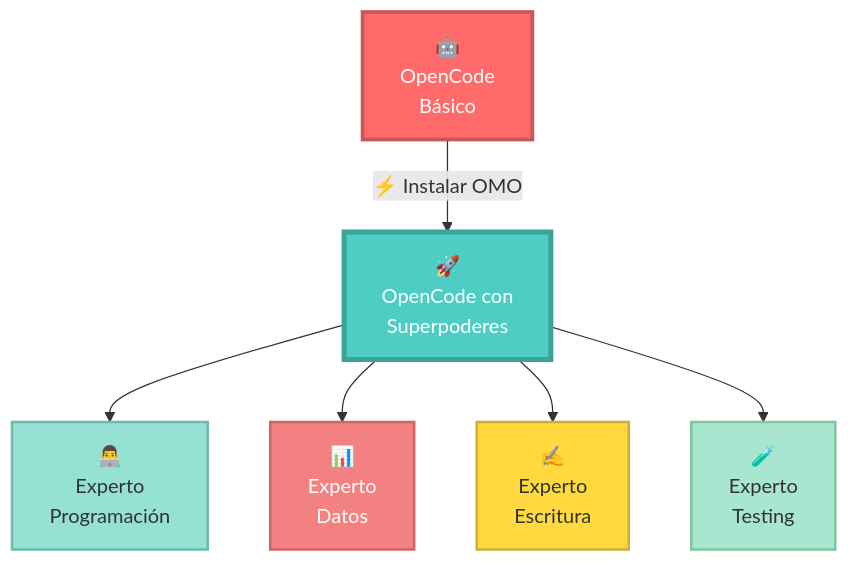
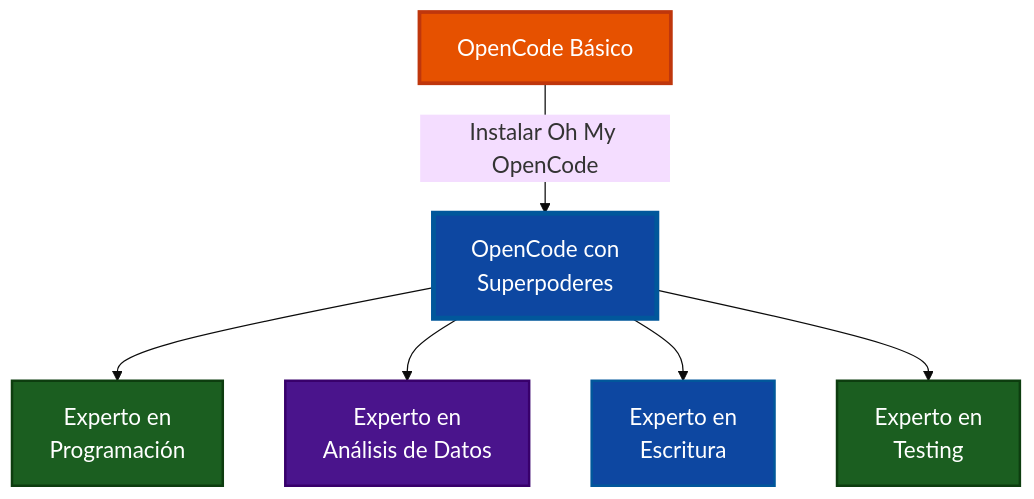
The second of 12 diagrams in courses/🟡-development/FPUNA-2026/00-FUNDAMENTOS-PRINCIPALES/01-configuracion-stack-ia.md (Ai-Whisperers/Courses-Content), drawn with Mermaid before and after one commit. The commit also changed other lines of this file and 47 other files, not shown here.

First line of the commit message:
fix: Make all 473 diagrams WCAG AAA accessible (FPUNA-2026)

````diff
--- a/courses/🟡-development/FPUNA-2026/00-FUNDAMENTOS-PRINCIPALES/01-configuracion-stack-ia.md
+++ b/courses/🟡-development/FPUNA-2026/00-FUNDAMENTOS-PRINCIPALES/01-configuracion-stack-ia.md
@@ -57,15 +58,16 @@
 ```mermaid
+%%{init: {'theme':'base', 'themeVariables': {'fontSize':'18px'}}}%%
 graph TD
-    A["🤖<br/>OpenCode<br/>Básico"] -->|"⚡ Instalar OMO"| B["🚀<br/>OpenCode con<br/>Superpoderes"]
-    B --> C["👨‍💻<br/>Experto<br/>Programación"]
-    B --> D["📊<br/>Experto<br/>Datos"]
-    B --> E["✍️<br/>Experto<br/>Escritura"]
-    B --> F["🧪<br/>Experto<br/>Testing"]
+    A["OpenCode Básico"] -->|"Instalar Oh My OpenCode"| B["OpenCode con<br>Superpoderes"]
+    B --> C["Experto en<br>Programación"]
+    B --> D["Experto en<br>Análisis de Datos"]
+    B --> E["Experto en<br>Escritura"]
+    B --> F["Experto en<br>Testing"]
     
-    style A fill:#FF6B6B,stroke:#CC5555,stroke-width:3px,color:#fff
-    style B fill:#4ECDC4,stroke:#3BA39C,stroke-width:4px,color:#fff
-    style C fill:#95E1D3,stroke:#6FB8AC,stroke-width:2px,color:#333
-    style D fill:#F38181,stroke:#C96666,stroke-width:2px,color:#fff
-    style E fill:#FFD93D,stroke:#CCB031,stroke-width:2px,color:#333
-    style F fill:#A8E6CF,stroke:#7FC4A0,stroke-width:2px,color:#333
+    style A fill:#e65100,stroke:#bf360c,stroke-width:3px,color:#fff
+    style B fill:#0d47a1,stroke:#01579b,stroke-width:4px,color:#fff
+    style C fill:#1b5e20,stroke:#0d3d0f,stroke-width:2px,color:#fff
+    style D fill:#4a148c,stroke:#38006b,stroke-width:2px,color:#fff
+    style E fill:#0d47a1,stroke:#01579b,stroke-width:2px,color:#fff
+    style F fill:#1b5e20,stroke:#0d3d0f,stroke-width:2px,color:#fff
 ```
````
